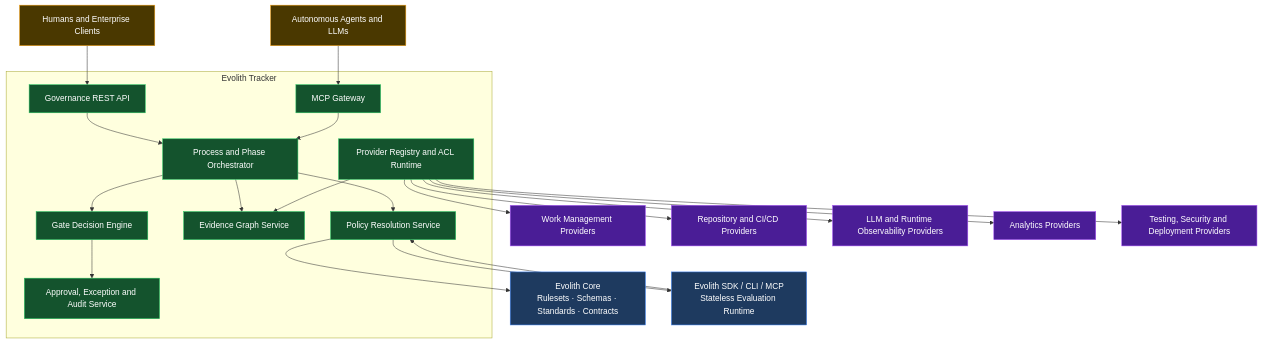
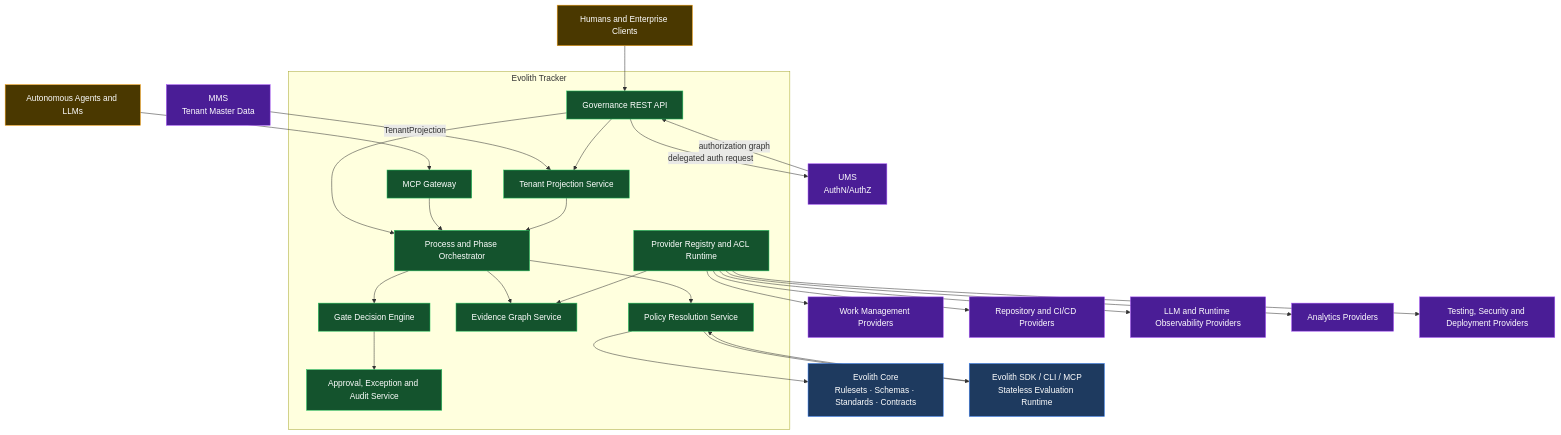
The first of 4 diagrams in product/products/evolith-tracker/sdlc-tracker-technical-interfaces.md (beyondnetcode/evolith_arch32), drawn with Mermaid before and after one commit. The commit also changed other lines of this file and 5 other files, not shown here.

Commit message:
docs: define tenant master projections

````diff
--- a/product/products/evolith-tracker/sdlc-tracker-technical-interfaces.md
+++ b/product/products/evolith-tracker/sdlc-tracker-technical-interfaces.md
@@ -40,50 +46,58 @@
 ```mermaid
 flowchart TB
     classDef tracker fill:#14532d,stroke:#22c55e,color:#fff
     classDef core fill:#1e3a5f,stroke:#3b82f6,color:#fff
     classDef provider fill:#4a1d96,stroke:#a855f7,color:#fff
     classDef actor fill:#4a3800,stroke:#f59e0b,color:#fff
 
     HUMAN["Humans and Enterprise Clients"]:::actor
     AGENT["Autonomous Agents and LLMs"]:::actor
+    MMS["MMS\nTenant Master Data"]:::provider
+    UMS["UMS\nAuthN/AuthZ"]:::provider
 
     subgraph TRACKER["Evolith Tracker"]
         API["Governance REST API"]:::tracker
         MCPGW["MCP Gateway"]:::tracker
+        TENANT["Tenant Projection Service"]:::tracker
         ORCH["Process and Phase Orchestrator"]:::tracker
         DECISION["Gate Decision Engine"]:::tracker
         EVIDENCE["Evidence Graph Service"]:::tracker
         POLICY["Policy Resolution Service"]:::tracker
         PROVIDERS["Provider Registry and ACL Runtime"]:::tracker
         AUDIT["Approval, Exception and Audit Service"]:::tracker
     end
 
     CORE["Evolith Core\nRulesets · Schemas · Standards · Contracts"]:::core
     EVALUATOR["Evolith SDK / CLI / MCP\nStateless Evaluation Runtime"]:::core
 
     WORK["Work Management Providers"]:::provider
     SCM["Repository and CI/CD Providers"]:::provider
     OBS["LLM and Runtime Observability Providers"]:::provider
     BI["Analytics Providers"]:::provider
     QA["Testing, Security and Deployment Providers"]:::provider
 
     HUMAN --> API
     AGENT --> MCPGW
+    MMS -->|TenantProjection| TENANT
+    API -->|delegated auth request| UMS
+    UMS -->|authorization graph| API
     API --> ORCH
     MCPGW --> ORCH
+    API --> TENANT
+    TENANT --> ORCH
     ORCH --> POLICY
     ORCH --> EVIDENCE
     ORCH --> DECISION
     DECISION --> AUDIT
 
     POLICY --> CORE
     POLICY --> EVALUATOR
     EVALUATOR --> POLICY
 
     PROVIDERS --> WORK
     PROVIDERS --> SCM
     PROVIDERS --> OBS
     PROVIDERS --> BI
     PROVIDERS --> QA
     PROVIDERS --> EVIDENCE
 ```
````
